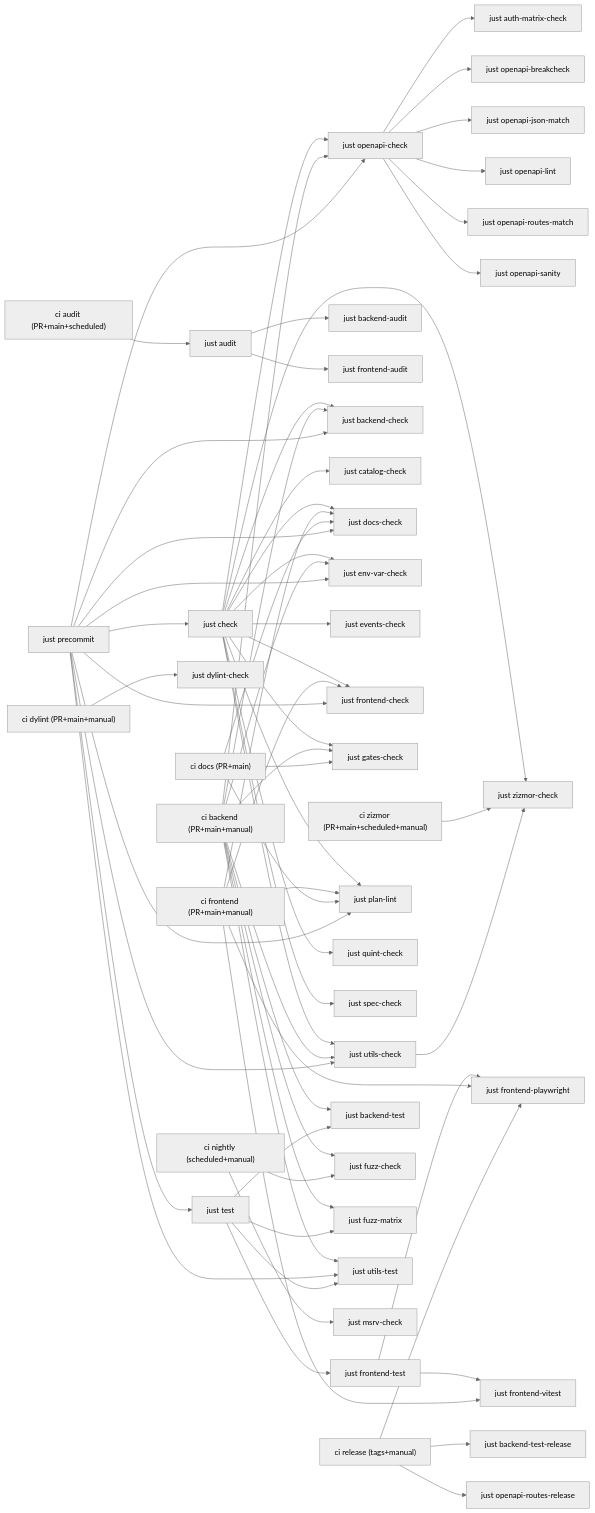
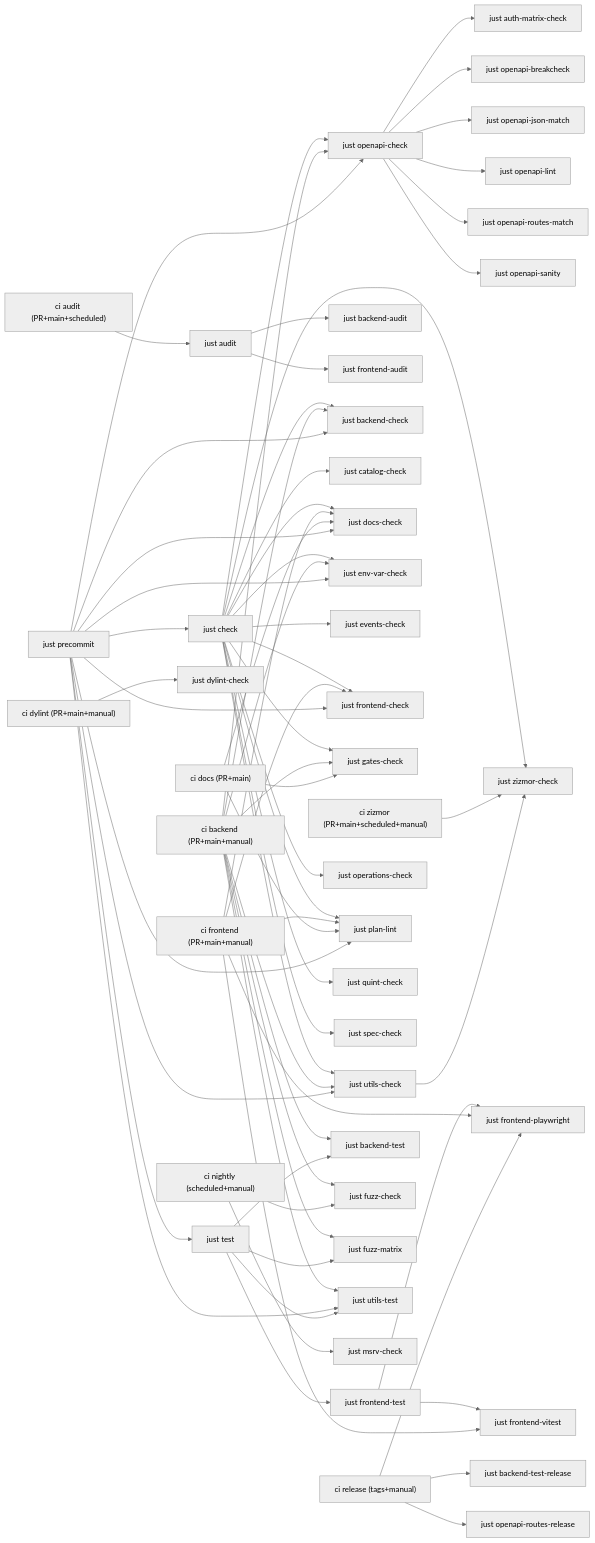
One commit to codesam88/picasu changed the diagram in docs/quality-gates.md. Above: the diagram before and after it, drawn with Mermaid (neutral theme). The commit also changed other lines of this file and 16 other files, not shown here.

````diff
--- a/docs/quality-gates.md
+++ b/docs/quality-gates.md
@@ -7,75 +7,76 @@
 ```mermaid
 graph LR
   lane_ci_backend["ci backend (PR+main+manual)"]
   lane_ci_frontend["ci frontend (PR+main+manual)"]
   lane_ci_dylint["ci dylint (PR+main+manual)"]
   lane_ci_zizmor["ci zizmor (PR+main+scheduled+manual)"]
   lane_docs["ci docs (PR+main)"]
   lane_audit["ci audit (PR+main+scheduled)"]
   lane_nightly["ci nightly (scheduled+manual)"]
   lane_release["ci release (tags+manual)"]
   lane_precommit["just precommit"]
   audit --> backend_audit["just backend-audit"]
   audit --> frontend_audit["just frontend-audit"]
   check --> backend_check["just backend-check"]
   check --> catalog_check["just catalog-check"]
   check --> docs_check["just docs-check"]
   check --> env_var_check["just env-var-check"]
   check --> events_check["just events-check"]
   check --> frontend_check["just frontend-check"]
   check --> gates_check["just gates-check"]
   check --> openapi_check["just openapi-check"]
+  check --> operations_check["just operations-check"]
   check --> plan_lint["just plan-lint"]
   check --> quint_check["just quint-check"]
   check --> spec_check["just spec-check"]
   check --> utils_check["just utils-check"]
   check --> zizmor_check["just zizmor-check"]
   frontend_test --> frontend_playwright["just frontend-playwright"]
   frontend_test --> frontend_vitest["just frontend-vitest"]
   lane_audit --> audit["just audit"]
   lane_ci_backend --> backend_check["just backend-check"]
   lane_ci_backend --> backend_test["just backend-test"]
   lane_ci_backend --> env_var_check["just env-var-check"]
   lane_ci_backend --> fuzz_check["just fuzz-check"]
   lane_ci_backend --> fuzz_matrix["just fuzz-matrix"]
   lane_ci_backend --> gates_check["just gates-check"]
   lane_ci_backend --> openapi_check["just openapi-check"]
   lane_ci_backend --> utils_check["just utils-check"]
   lane_ci_backend --> utils_test["just utils-test"]
   lane_ci_dylint --> dylint_check["just dylint-check"]
   lane_ci_frontend --> docs_check["just docs-check"]
   lane_ci_frontend --> frontend_check["just frontend-check"]
   lane_ci_frontend --> frontend_playwright["just frontend-playwright"]
   lane_ci_frontend --> frontend_vitest["just frontend-vitest"]
   lane_ci_frontend --> plan_lint["just plan-lint"]
   lane_ci_zizmor --> zizmor_check["just zizmor-check"]
   lane_docs --> docs_check["just docs-check"]
   lane_docs --> gates_check["just gates-check"]
   lane_docs --> plan_lint["just plan-lint"]
   lane_nightly --> fuzz_check["just fuzz-check"]
   lane_nightly --> msrv_check["just msrv-check"]
   lane_precommit --> backend_check["just backend-check"]
   lane_precommit --> check["just check"]
   lane_precommit --> docs_check["just docs-check"]
   lane_precommit --> env_var_check["just env-var-check"]
   lane_precommit --> frontend_check["just frontend-check"]
   lane_precommit --> openapi_check["just openapi-check"]
   lane_precommit --> plan_lint["just plan-lint"]
   lane_precommit --> test["just test"]
   lane_precommit --> utils_check["just utils-check"]
   lane_precommit --> utils_test["just utils-test"]
   lane_release --> backend_test_release["just backend-test-release"]
   lane_release --> frontend_playwright["just frontend-playwright"]
   lane_release --> openapi_routes_release["just openapi-routes-release"]
   openapi_check --> auth_matrix_check["just auth-matrix-check"]
   openapi_check --> openapi_breakcheck["just openapi-breakcheck"]
   openapi_check --> openapi_json_match["just openapi-json-match"]
   openapi_check --> openapi_lint["just openapi-lint"]
   openapi_check --> openapi_routes_match["just openapi-routes-match"]
   openapi_check --> openapi_sanity["just openapi-sanity"]
   test --> backend_test["just backend-test"]
   test --> frontend_test["just frontend-test"]
   test --> fuzz_matrix["just fuzz-matrix"]
   test --> utils_test["just utils-test"]
   utils_check --> zizmor_check["just zizmor-check"]
 ```
````
